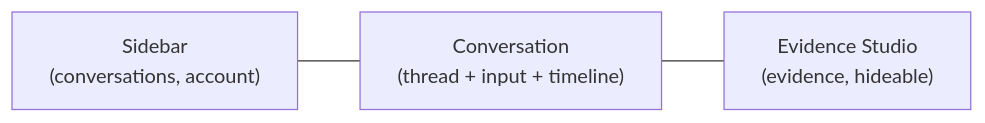
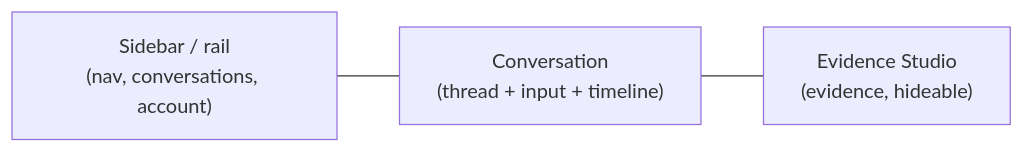
Before and after one commit to SAIDCHAOUI/owismind-system: the diagram in project-documentation/01-user-guide/01-getting-started.md, drawn with Mermaid. The commit also changed other lines of this file and 66 other files, not shown here.

````diff
--- a/project-documentation/01-user-guide/01-getting-started.md
+++ b/project-documentation/01-user-guide/01-getting-started.md
@@ -58,8 +58,8 @@
 ```mermaid
 flowchart LR
-    A["Sidebar<br/>(conversations, account)"]
+    A["Sidebar / rail<br/>(nav, conversations, account)"]
     B["Conversation<br/>(thread + input + timeline)"]
     C["Evidence Studio<br/>(evidence, hideable)"]
     A --- B
     B --- C
 ```
````
